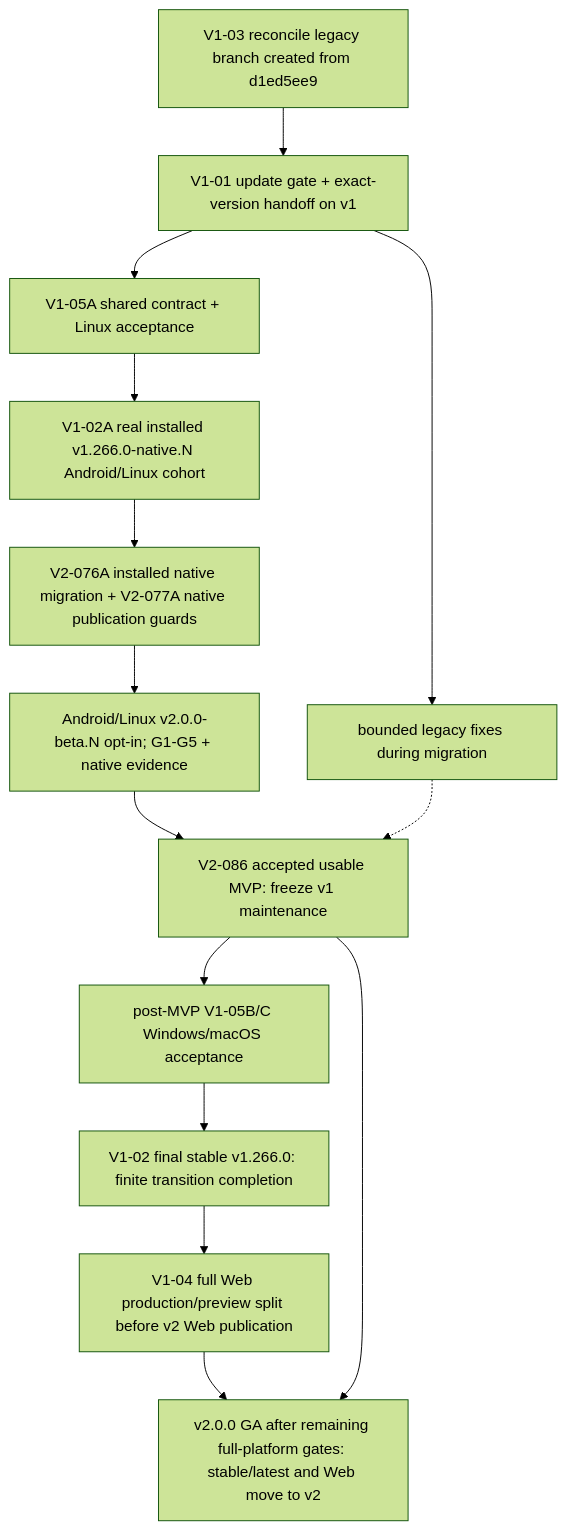
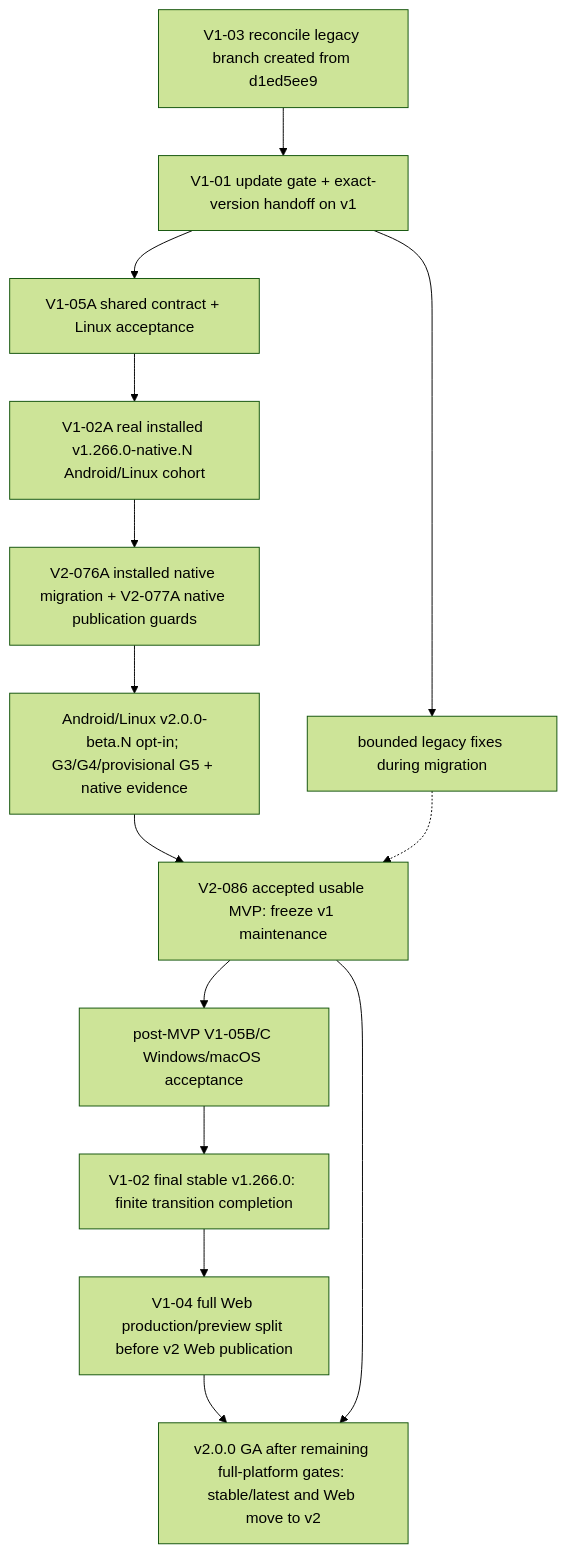
One commit to verseles/codewalk changed the third of 3 diagrams in v2-plan.md. Above: the diagram before and after it, drawn with Mermaid (forest theme). The commit also changed other lines of this file and 9 other files, not shown here.

First line of the commit message:
docs(v2): lock the fixed MVP roadmap (revision 1)

````diff
--- a/v2-plan.md
+++ b/v2-plan.md
@@ -1041,16 +1042,16 @@
 ```mermaid
 flowchart TD
   C["V1-03 reconcile legacy branch created from d1ed5ee9"] --> A["V1-01 update gate + exact-version handoff on v1"]
   A --> I["V1-05A shared contract + Linux acceptance"]
   I --> N["V1-02A real installed v1.266.0-native.N Android/Linux cohort"]
   N --> U["V2-076A installed native migration + V2-077A native publication guards"]
-  U --> F["Android/Linux v2.0.0-beta.N opt-in; G1-G5 + native evidence"]
+  U --> F["Android/Linux v2.0.0-beta.N opt-in; G3/G4/provisional G5 + native evidence"]
   F --> M["V2-086 accepted usable MVP: freeze v1 maintenance"]
   A --> P["bounded legacy fixes during migration"]
   P -.-> M
   M --> W["post-MVP V1-05B/C Windows/macOS acceptance"]
   W --> B["V1-02 final stable v1.266.0: finite transition completion"]
   B --> D["V1-04 full Web production/preview split before v2 Web publication"]
   D --> G["v2.0.0 GA after remaining full-platform gates: stable/latest and Web move to v2"]
   M --> G
 ```
````
